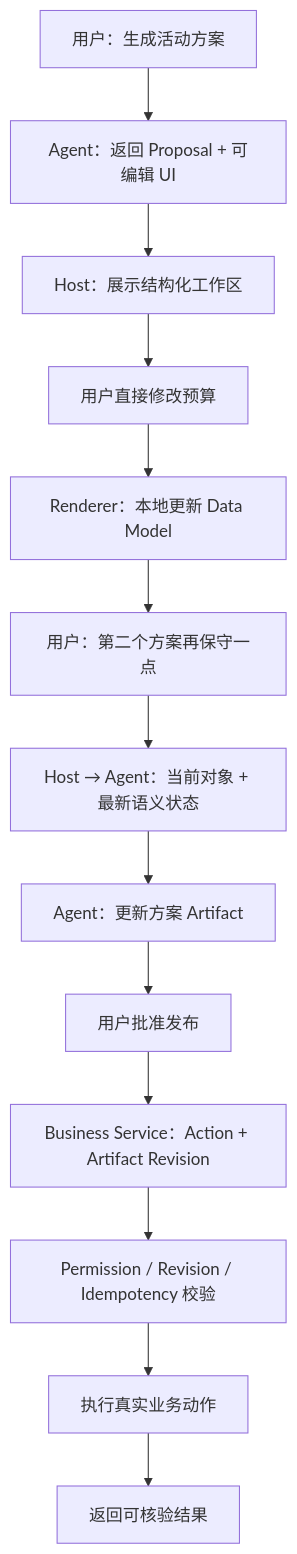
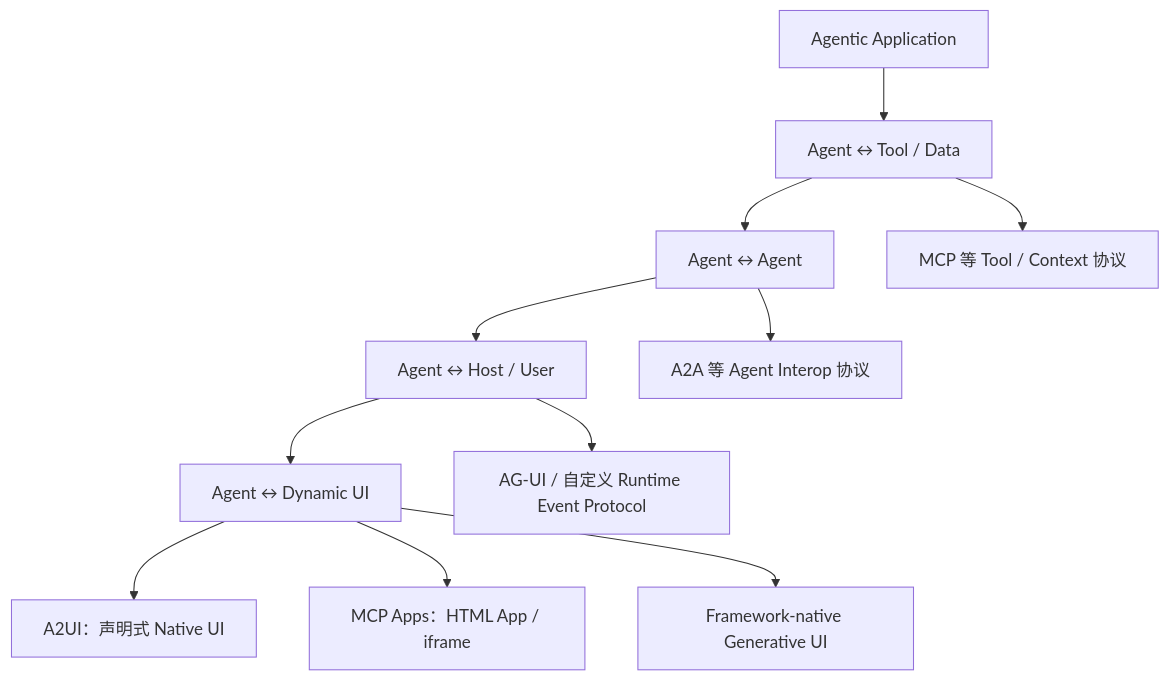
Before and after one commit to Nunchakus888/dossierkit: the second of 19 diagrams in profiles/default/content/zh/notes/ag-ui-a2ui-agent-runtime-generative-ui-ai-native.mdx, drawn with Mermaid. The commit also changed other lines of this file, not shown here.

Commit message:
Update note: 从聊天框到 AI 原生交互：跨 Agent、跨平台的应用架构

```diff
--- a/profiles/default/content/zh/notes/ag-ui-a2ui-agent-runtime-generative-ui-ai-native.mdx
+++ b/profiles/default/content/zh/notes/ag-ui-a2ui-agent-runtime-generative-ui-ai-native.mdx
@@ -105,15 +76,15 @@
 ~~~mermaid
 flowchart TB
-  A["用户：生成活动方案"] --> B["Agent：返回 Proposal + 可编辑 UI"]
-  B --> C["Host：展示结构化工作区"]
-  C --> D["用户直接修改预算"]
-  D --> E["Renderer：本地更新 Data Model"]
-  E --> F["用户：第二个方案再保守一点"]
-  F --> G["Host → Agent：当前对象 + 最新语义状态"]
-  G --> H["Agent：更新方案 Artifact"]
-  H --> I["用户批准发布"]
-  I --> J["Business Service：Action + Artifact Revision"]
-  J --> K["Permission / Revision / Idempotency 校验"]
-  K --> L["执行真实业务动作"]
-  L --> M["返回可核验结果"]
+  A["Agentic Application"]
+  --> T["Agent ↔ Tool / Data"]
+  --> AA["Agent ↔ Agent"]
+  --> H["Agent ↔ Host / User"]
+  --> UI["Agent ↔ Dynamic UI"]
+
+  T --> MCP["MCP 等 Tool / Context 协议"]
+  AA --> A2A["A2A 等 Agent Interop 协议"]
+  H --> AG["AG-UI / 自定义 Runtime Event Protocol"]
+  UI --> U1["A2UI：声明式 Native UI"]
+  UI --> U2["MCP Apps：HTML App / iframe"]
+  UI --> U3["Framework-native Generative UI"]
 ~~~
```
